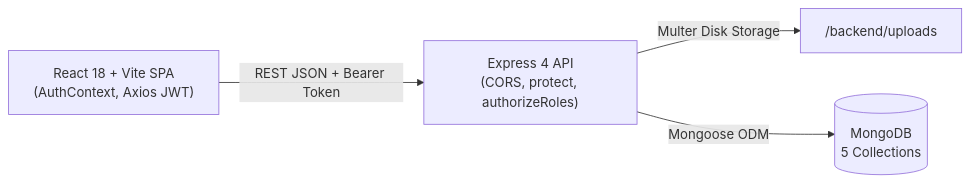
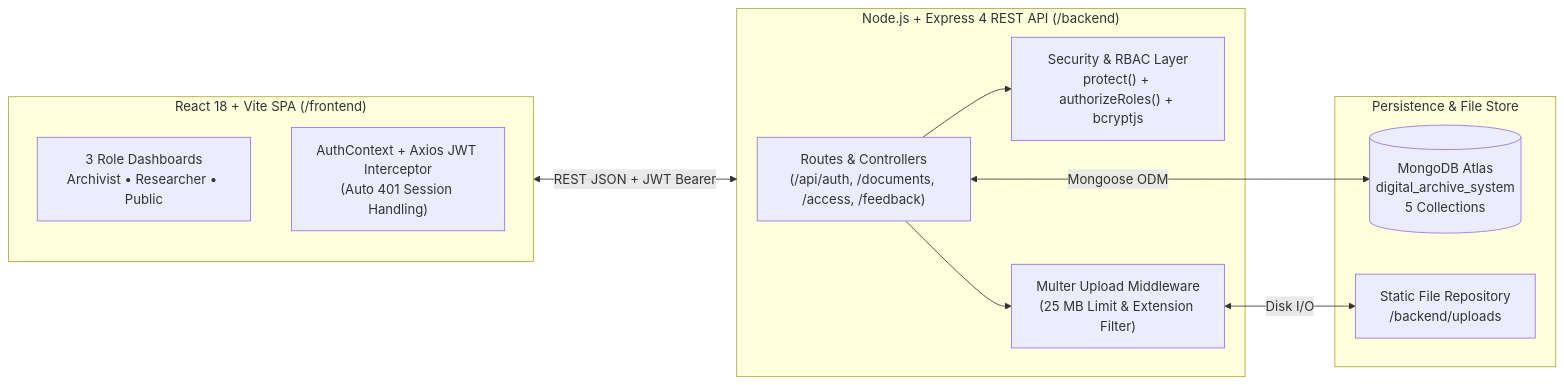
One commit to sakshiguptawork/digital-archive-system changed the first of 2 diagrams in docs/PRESENTATION.md. Above: the diagram before and after it, drawn with Mermaid. The commit also changed other lines of this file and 1 other file, not shown here.

````diff
--- a/docs/PRESENTATION.md
+++ b/docs/PRESENTATION.md
@@ -31,6 +41,24 @@
 ```mermaid
 flowchart LR
-  Client["React 18 + Vite SPA<br/>(AuthContext, Axios JWT)"] -->|REST JSON + Bearer Token| API["Express 4 API<br/>(CORS, protect, authorizeRoles)"]
-  API -->|Multer Disk Storage| Uploads["/backend/uploads"]
-  API -->|Mongoose ODM| DB[("MongoDB<br/>5 Collections")]
+  subgraph Client["React 18 + Vite SPA (/frontend)"]
+    UI["3 Role Dashboards<br/>Archivist • Researcher • Public"]
+    AuthCtx["AuthContext + Axios JWT Interceptor<br/>(Auto 401 Session Handling)"]
+  end
+
+  subgraph API["Node.js + Express 4 REST API (/backend)"]
+    Routes["Routes & Controllers<br/>(/api/auth, /documents, /access, /feedback)"]
+    Sec["Security & RBAC Layer<br/>protect() + authorizeRoles() + bcryptjs"]
+    Multer["Multer Upload Middleware<br/>(25 MB Limit & Extension Filter)"]
+  end
+
+  subgraph Storage["Persistence & File Store"]
+    DB[("MongoDB Atlas<br/>digital_archive_system<br/>5 Collections")]
+    Uploads["Static File Repository<br/>/backend/uploads"]
+  end
+
+  Client <-->|REST JSON + JWT Bearer| API
+  Routes --> Sec
+  Routes --> Multer
+  Multer <-->|Disk I/O| Uploads
+  Routes <-->|Mongoose ODM| DB
 ```
````
